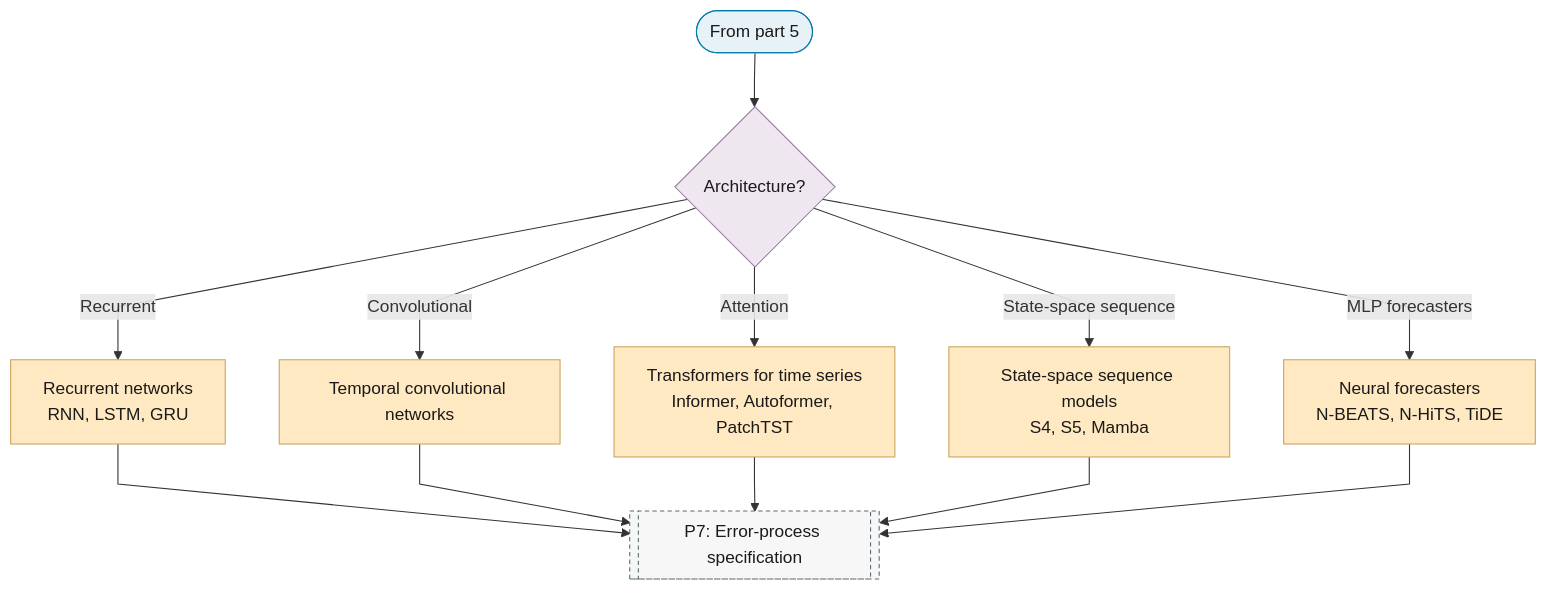
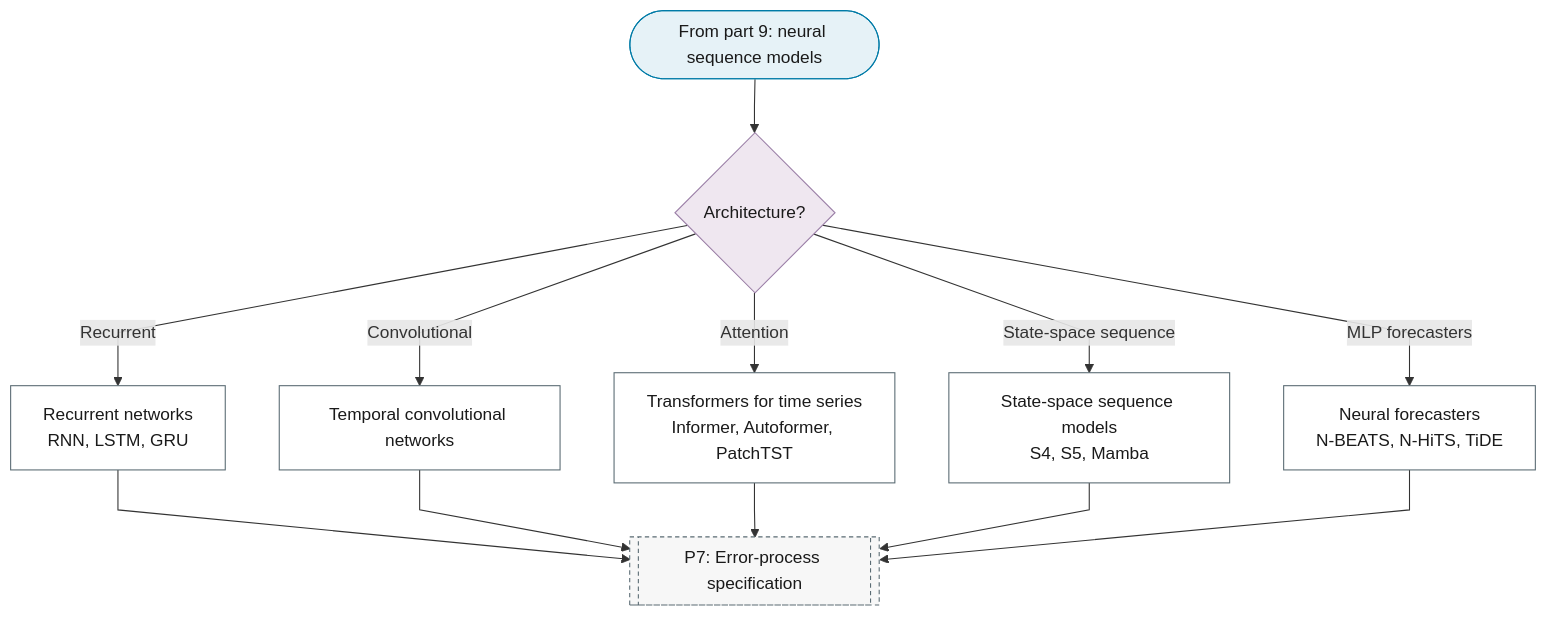
One commit to Shuxin-Y/time-series-analysis-manual changed the tenth of 10 diagrams in docs/01-workflow/p06-mean-model-class.md. Above: the diagram before and after it, drawn with Mermaid. The commit also changed other lines of this file, not shown here.

First line of the commit message:
fix(flowchart): P6 routes on one flag at a time and offers BVAR to multivariate readers

````diff
--- a/docs/01-workflow/p06-mean-model-class.md
+++ b/docs/01-workflow/p06-mean-model-class.md
@@ -184,23 +268,23 @@
 ```mermaid
 %%{init: {"flowchart": {"curve": "linear"}}}%%
 graph TD
-    P6_PART_6_IN(["From part 5"]) --> P6_ML_NEURAL{"Architecture?"}
+    P6_PART_10_IN(["From part 9: neural sequence models"]) --> P6_ML_NEURAL{"Architecture?"}
     P6_ML_NEURAL -->|"Recurrent"| P6_RNN["Recurrent networks<br/>RNN, LSTM, GRU"]
     P6_ML_NEURAL -->|"Convolutional"| P6_TCN["Temporal convolutional networks"]
     P6_ML_NEURAL -->|"Attention"| P6_TRANSFORMERS["Transformers for time series<br/>Informer, Autoformer, PatchTST"]
     P6_ML_NEURAL -->|"State-space sequence"| P6_SSM_SEQUENCE["State-space sequence models<br/>S4, S5, Mamba"]
     P6_ML_NEURAL -->|"MLP forecasters"| P6_NEURAL_FORECASTERS["Neural forecasters<br/>N-BEATS, N-HiTS, TiDE"]
     P6_RNN & P6_TCN & P6_TRANSFORMERS & P6_SSM_SEQUENCE & P6_NEURAL_FORECASTERS --> P7[["P7: Error-process specification"]]
-    class P6_PART_6_IN terminator
+    class P6_PART_10_IN terminator
     class P6_ML_NEURAL decision
-    class P6_RNN,P6_TCN,P6_TRANSFORMERS,P6_SSM_SEQUENCE,P6_NEURAL_FORECASTERS escalate
+    class P6_RNN,P6_TCN,P6_TRANSFORMERS,P6_SSM_SEQUENCE,P6_NEURAL_FORECASTERS process
     class P7 ref
     classDef terminator fill:#E6F2F7,stroke:#007BA7,color:#1A1A1A;
     classDef process fill:#FFFFFF,stroke:#5A6B73,color:#1A1A1A;
     classDef decision fill:#EFE7F0,stroke:#9B7FA7,color:#1A1A1A;
     classDef data fill:#FFF4E0,stroke:#C9A55E,color:#1A1A1A;
     classDef good fill:#DCEFD8,stroke:#4A7A3F,color:#1A1A1A;
     classDef escalate fill:#FFE9C2,stroke:#C9A55E,color:#1A1A1A;
     classDef problem fill:#F2D9DE,stroke:#800020,color:#1A1A1A;
     classDef ref fill:#F7F7F7,stroke:#5A6B73,color:#1A1A1A,stroke-dasharray:4 3;
 ```
````
